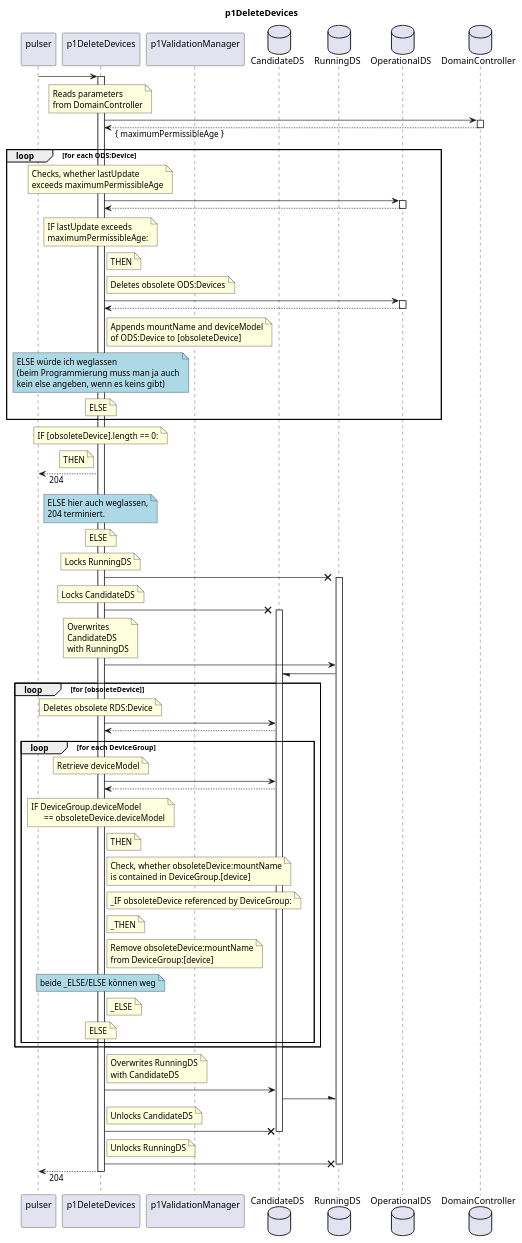
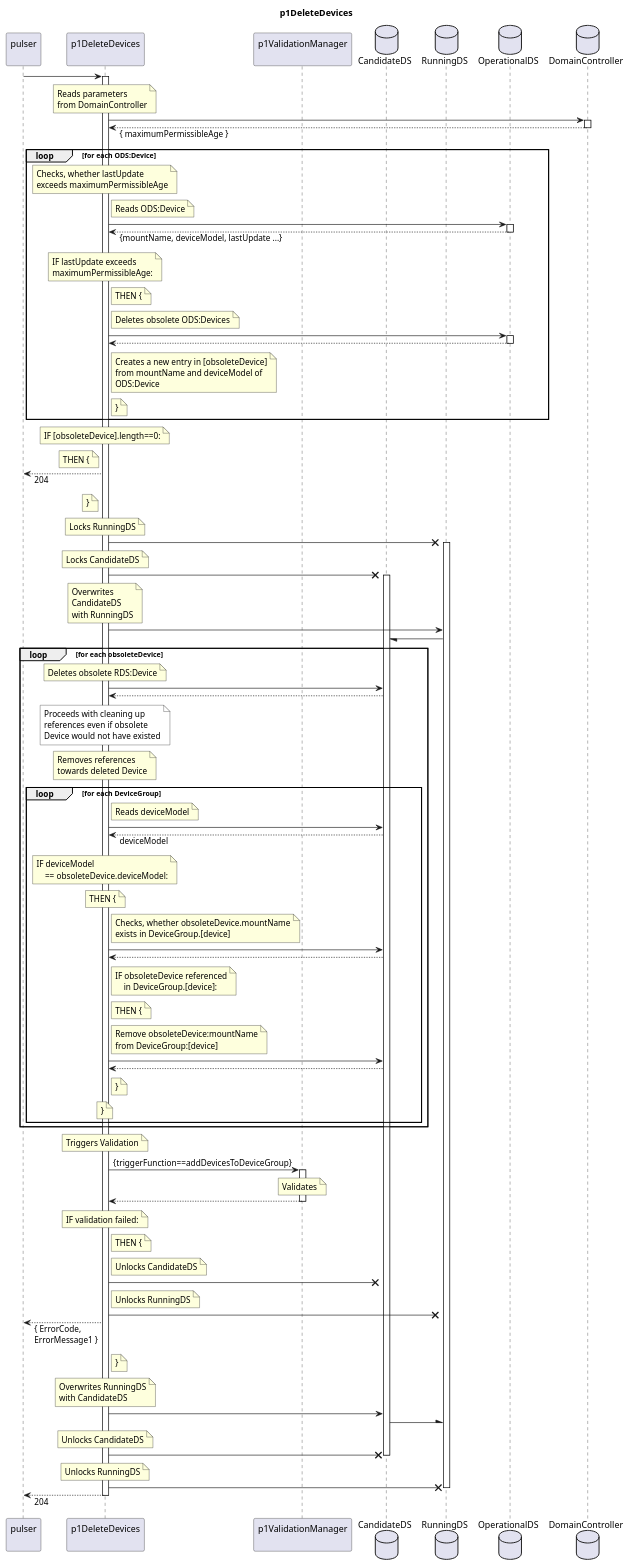
Before and after one commit to openBackhaul/FirmWareManager: the diagram in spec/Functions/Interpretation/p1DeleteDevices/1.0.0/p1DeleteDevices.plantuml, drawn with PlantUML. The commit also changed 36 other files, not shown here.

Commit message:
Finalize sequence diagrams of interpretation functions

```diff
--- a/spec/Functions/Interpretation/p1DeleteDevices/1.0.0/p1DeleteDevices.plantuml
+++ b/spec/Functions/Interpretation/p1DeleteDevices/1.0.0/p1DeleteDevices.plantuml
@@ -1,173 +1,198 @@
 @startuml p1DeleteDevices
 skinparam responseMessageBelowArrow true
 
 title
   p1DeleteDevices
 end title
 
-participant "pulser\n" as pulser
-participant "p1DeleteDevices\n" as cur
+participant "pulser\n" as requestor
+participant "p1DeleteDevices\n" as indServ
 participant "p1ValidationManager\n" as valiMan
 database "CandidateDS" as CanDS
 database "RunningDS" as RunDS
 database "OperationalDS" as OpDS
 database "DomainController" as DC
 
-pulser -> cur
-activate cur
+requestor -> indServ
+activate indServ
 
-  ' Get retention period settings
-  note over cur
+  note over indServ
     Reads parameters
     from DomainController
   end note
-    cur -> DC
+    indServ -> DC
     activate DC
-    cur <-- DC: { maximumPermissibleAge }
+    indServ <-- DC: { maximumPermissibleAge }
     deactivate DC
 
-  ' Iterate over ODS devices to check for obsolescence
   loop for each ODS:Device
-    note over cur
+    note over indServ
       Checks, whether lastUpdate
       exceeds maximumPermissibleAge
     end note
-    cur -> OpDS
+    note right indServ
+      Reads ODS:Device
+    end note
+    indServ -> OpDS
     activate OpDS
-    cur <-- OpDS
+    indServ <-- OpDS: {mountName, deviceModel, lastUpdate ...}
     deactivate OpDS
-    note over cur
+    note over indServ
       IF lastUpdate exceeds
       maximumPermissibleAge:
     end note
-    note right cur
-      THEN
+    note right indServ
+      THEN {
     end note
-    note right cur
+    note right indServ
       Deletes obsolete ODS:Devices
     end note
-    cur -> OpDS
+    indServ -> OpDS
     activate OpDS
-    cur <-- OpDS
+    indServ <-- OpDS
     deactivate OpDS
-
-    note right cur
-      Appends mountName and deviceModel
-      of ODS:Device to [obsoleteDevice]
+    note right indServ
+      Creates a new entry in [obsoleteDevice]
+      from mountName and deviceModel of
+      ODS:Device
     end note
-
-    note over cur #lightBlue
-      ELSE würde ich weglassen
-      (beim Programmierung muss man ja auch
-      kein else angeben, wenn es keins gibt)
-    end note
-    note over cur
-      ELSE
+    note right indServ
+      }
     end note
   end loop
-
-  ' If nothing to delete: finished
-  note over cur
-    IF [obsoleteDevice].length == 0:
+  note over indServ
+    IF [obsoleteDevice].length==0:
   end note
-  note left cur
-    THEN
+  note left indServ
+    THEN {
   end note
-  pulser <-- cur: 204
-  note over cur #lightBlue
-      ELSE hier auch weglassen,
-      204 terminiert.
-  end note
-  note over cur
-    ELSE
+  requestor <-- indServ: 204
+  note left indServ
+    }
   end note  
 
-  ' Else copy RDS to CDS
-  note over cur
+  note over indServ
     Locks RunningDS
   end note
-  cur -X RunDS
+  indServ -X RunDS
   activate RunDS
-  note over cur
+  note over indServ
     Locks CandidateDS
   end note
-  cur -X CanDS
+  indServ -X CanDS
   activate CanDS
-  note over cur
+  note over indServ
     Overwrites
     CandidateDS
     with RunningDS
   end note
-  cur -> RunDS
+  indServ -> RunDS
   RunDS -/ CanDS
 
-  ' Delete obsolete devices from CDS
-  loop for [obsoleteDevice]
-    note over cur
+  loop for each obsoleteDevice
+    note over indServ
       Deletes obsolete RDS:Device
     end note
-    cur -> CanDS
-    cur <-- CanDS
+    indServ -> CanDS
+    indServ <-- CanDS
+    note over indServ #White
+      Proceeds with cleaning up
+      references even if obsolete
+      Device would not have existed
+    end note
 
+    note over indServ
+      Removes references
+      towards deleted Device
+    end note
     loop for each DeviceGroup
-      note over cur
-        Retrieve deviceModel
+      note right indServ
+        Reads deviceModel
       end note
-      cur -> CanDS
-      cur <-- CanDS
-      note over cur
-        IF DeviceGroup.deviceModel 
-              == obsoleteDevice.deviceModel
+      indServ -> CanDS
+      indServ <-- CanDS: deviceModel
+      note over indServ
+        IF deviceModel 
+            == obsoleteDevice.deviceModel:
       end note
-      note right cur
-        THEN
+      note over indServ
+        THEN {
       end note
-      note right cur
-        Check, whether obsoleteDevice:mountName
-        is contained in DeviceGroup.[device]
+      note right indServ
+        Checks, whether obsoleteDevice.mountName
+        exists in DeviceGroup.[device]
       end note
-      note right cur
-        _IF obsoleteDevice referenced by DeviceGroup:
+      indServ -> CanDS
+      indServ <-- CanDS
+      note right indServ
+        IF obsoleteDevice referenced
+            in DeviceGroup.[device]:
       end note
-      note right cur
-        _THEN
+      note right indServ
+        THEN {
       end note
-      note right cur
+      note right indServ
         Remove obsoleteDevice:mountName
         from DeviceGroup:[device]
       end note
-
-      note over cur #lightBlue
-        beide _ELSE/ELSE können weg
+      indServ -> CanDS
+      indServ <-- CanDS
+      note right indServ
+        }
       end note
-      note right cur
-        _ELSE
-      end note
-      note over cur
-        ELSE
+      note over indServ
+        }
       end note
     end loop
   end loop
 
-  ' Write updated CDS back to RDS
-  note right cur
+  note over indServ
+    Triggers Validation
+  end note
+  indServ -> valiMan: {triggerFunction==addDevicesToDeviceGroup}
+  activate valiMan
+    note over valiMan
+      Validates
+    end note
+  indServ <-- valiMan
+  deactivate valiMan
+  note over indServ
+    IF validation failed:
+  end note
+  note right indServ
+    THEN {
+  end note
+  note right indServ
+    Unlocks CandidateDS
+  end note
+  indServ -X CanDS
+  note right indServ
+    Unlocks RunningDS
+  end note
+  indServ -X RunDS
+  requestor <-- indServ: { ErrorCode,\nErrorMessage1 }
+  note right indServ
+    }
+  end note
+
+  note over indServ
     Overwrites RunningDS
     with CandidateDS
   end note
-  cur -> CanDS
+  indServ -> CanDS
   CanDS -\ RunDS
-  note right cur
+  note over indServ
     Unlocks CandidateDS
   end note
-  cur -X CanDS
+  indServ -X CanDS
   deactivate CanDS
-  note right cur
+  note over indServ
     Unlocks RunningDS
   end note
-  cur -X RunDS
+  indServ -X RunDS
   deactivate RunDS
 
-pulser <-- cur: 204
-deactivate cur
+requestor <-- indServ: 204
+deactivate indServ
 
 @enduml
```
